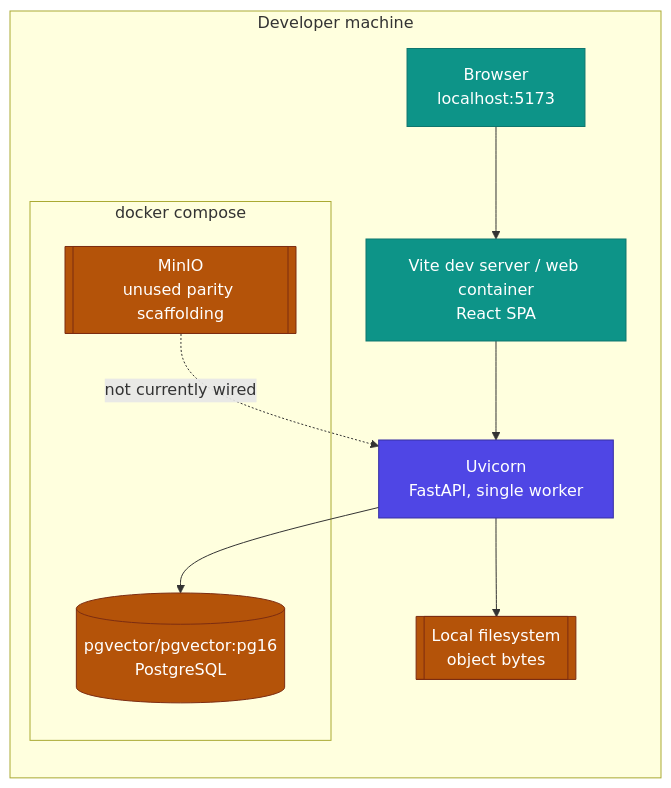
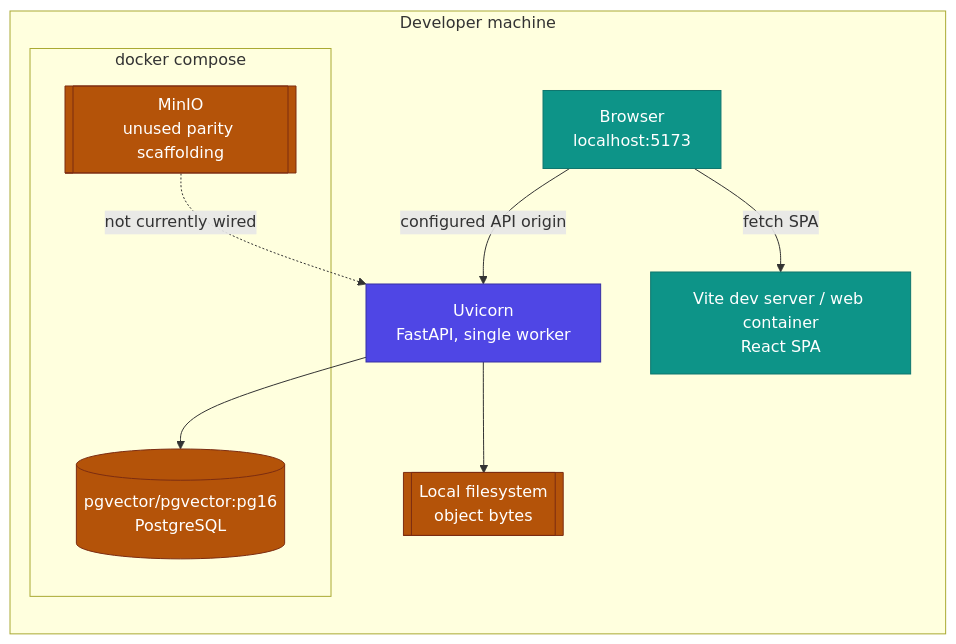
The first of 2 diagrams in docs/ARCHITECTURE_DEPLOYMENT.md (ShabalalaWATP/Coeus), drawn with Mermaid before and after one commit. The commit also changed other lines of this file and 32 other files, not shown here.

Commit message:
docs: add multi-view architecture atlas (#126)

````diff
--- a/docs/ARCHITECTURE_DEPLOYMENT.md
+++ b/docs/ARCHITECTURE_DEPLOYMENT.md
@@ -20,26 +22,30 @@
 ```mermaid
 flowchart TB
+    accTitle: Supported local deployment topology
+    accDescr: The browser separately reaches the SPA and configured API origins; one FastAPI process uses Compose PostgreSQL and local object storage while MinIO remains unused.
+
     subgraph dev["Developer machine"]
         direction TB
         BROWSER["Browser<br/>localhost:5173"]
         VITE["Vite dev server / web container<br/>React SPA"]
         UVICORN["Uvicorn<br/>FastAPI, single worker"]
         subgraph compose["docker compose"]
             PG[("pgvector/pgvector:pg16<br/>PostgreSQL")]
             MINIO[["MinIO<br/>unused parity scaffolding"]]
         end
         FS[["Local filesystem<br/>object bytes"]]
     end
 
-    BROWSER --> VITE --> UVICORN
+    BROWSER -->|"fetch SPA"| VITE
+    BROWSER -->|"configured API origin"| UVICORN
     UVICORN --> PG
     UVICORN --> FS
-    MINIO -.not currently wired.-> UVICORN
+    MINIO -.->|"not currently wired"| UVICORN
 
     classDef fe fill:#0d9488,stroke:#0f766e,color:#fff,stroke-width:1px
     classDef be fill:#4f46e5,stroke:#3730a3,color:#fff,stroke-width:1px
     classDef data fill:#b45309,stroke:#7c2d12,color:#fff,stroke-width:1px
     class BROWSER,VITE fe
     class UVICORN be
     class PG,MINIO,FS data
 ```
````
